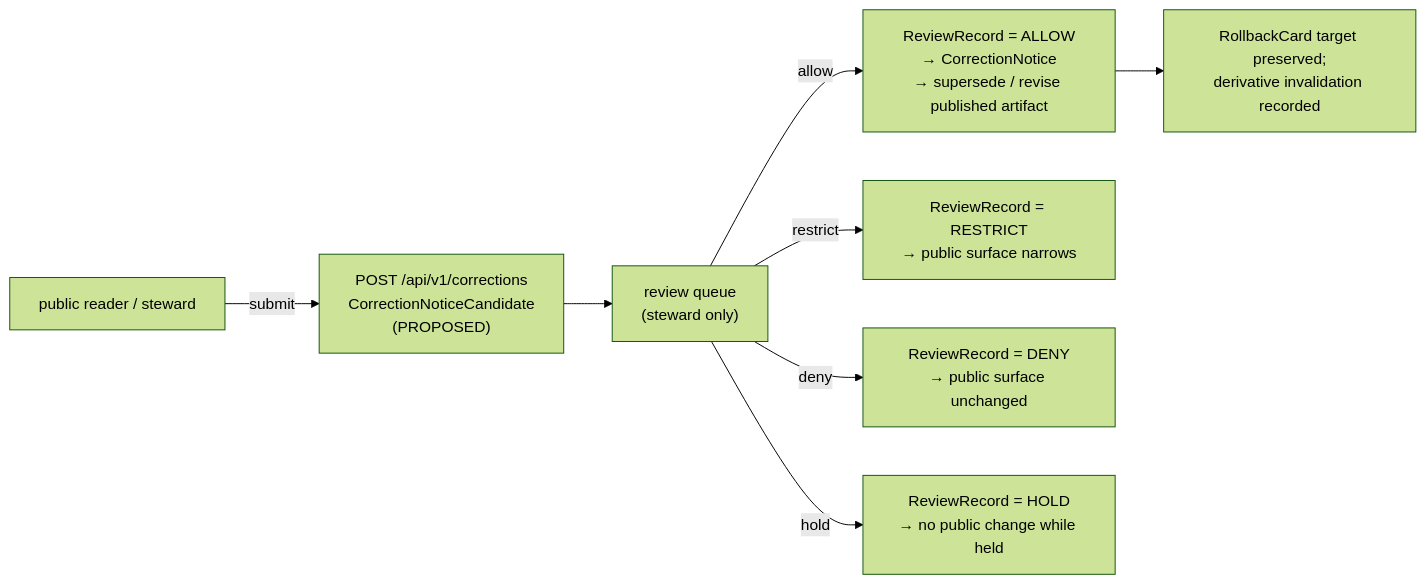
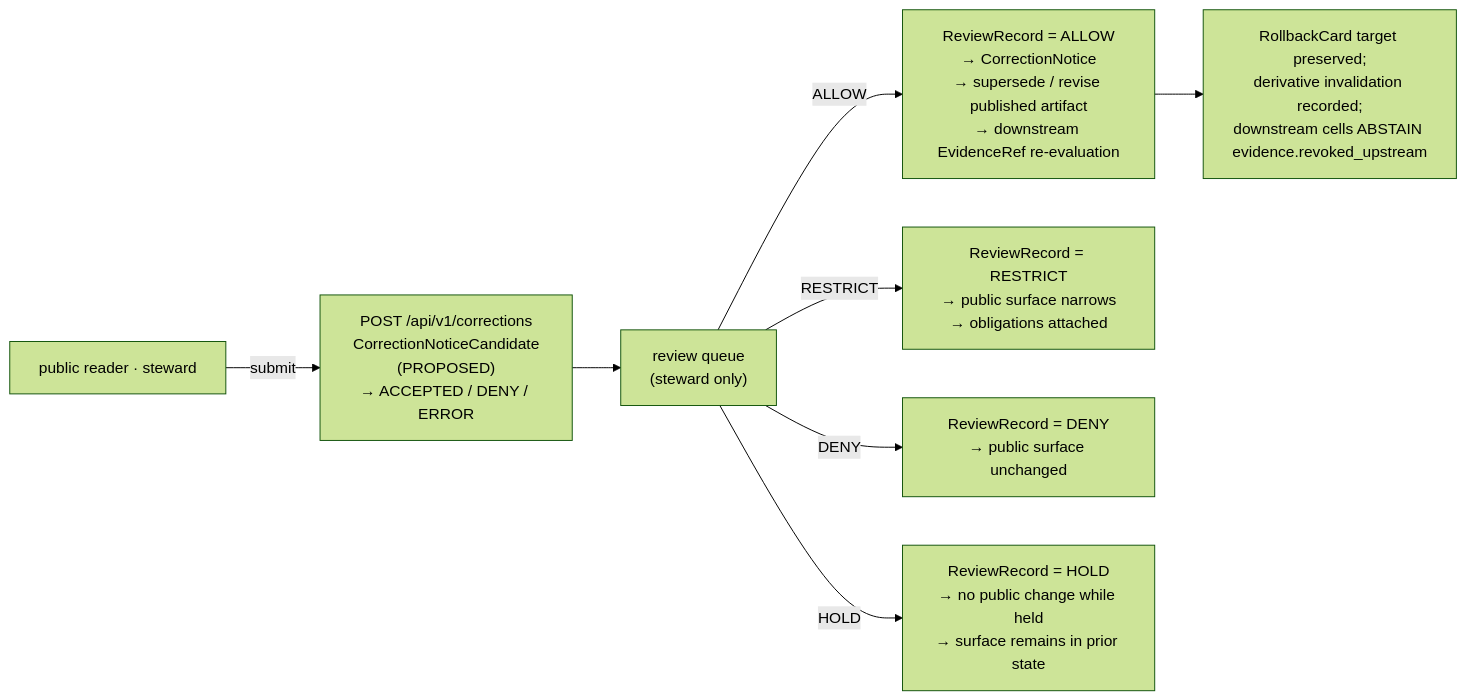
One commit to bartytime4life/Kansas-Frontier-Matrix changed the diagram in docs/domains/agriculture/API_CONTRACTS.md. Above: the diagram before and after it, drawn with Mermaid (forest theme). The commit also changed other lines of this file, not shown here.

````diff
--- a/docs/domains/agriculture/API_CONTRACTS.md
+++ b/docs/domains/agriculture/API_CONTRACTS.md
@@ -455,10 +18,10 @@
 ```mermaid
 flowchart LR
-  Public["public reader / steward"] -->|submit| Corr["POST /api/v1/corrections<br/>CorrectionNoticeCandidate<br/>(PROPOSED)"]
+  Public["public reader · steward"] -->|submit| Corr["POST /api/v1/corrections<br/>CorrectionNoticeCandidate<br/>(PROPOSED)<br/>→ ACCEPTED / DENY / ERROR"]
   Corr --> Review["review queue<br/>(steward only)"]
-  Review -->|allow| Accept["ReviewRecord = ALLOW<br/>→ CorrectionNotice<br/>→ supersede / revise published artifact"]
-  Review -->|restrict| Restrict["ReviewRecord = RESTRICT<br/>→ public surface narrows"]
-  Review -->|deny| Deny["ReviewRecord = DENY<br/>→ public surface unchanged"]
-  Review -->|hold| Hold["ReviewRecord = HOLD<br/>→ no public change while held"]
-  Accept --> Rollback["RollbackCard target preserved;<br/>derivative invalidation recorded"]
+  Review -->|ALLOW| Accept["ReviewRecord = ALLOW<br/>→ CorrectionNotice<br/>→ supersede / revise published artifact<br/>→ downstream EvidenceRef re-evaluation"]
+  Review -->|RESTRICT| Restrict["ReviewRecord = RESTRICT<br/>→ public surface narrows<br/>→ obligations attached"]
+  Review -->|DENY| Deny["ReviewRecord = DENY<br/>→ public surface unchanged"]
+  Review -->|HOLD| Hold["ReviewRecord = HOLD<br/>→ no public change while held<br/>→ surface remains in prior state"]
+  Accept --> Rollback["RollbackCard target preserved;<br/>derivative invalidation recorded;<br/>downstream cells ABSTAIN evidence.revoked_upstream"]
 ```
````
